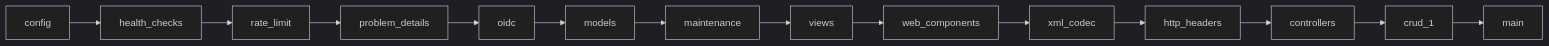
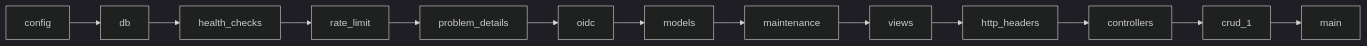
Before and after one commit to craftainer/template-fastapi: the first of 2 diagrams in src/app/README.md, drawn with Mermaid (dark theme). The commit also changed other lines of this file and 33 other files, not shown here.

First line of the commit message:
refactor(crud): decouple craftainer_tool_crud from app via injected config

````diff
--- a/src/app/README.md
+++ b/src/app/README.md
@@ -109,7 +115,6 @@
 ```mermaid
 graph LR
-    config --> health_checks --> rate_limit --> problem_details
+    config --> db --> health_checks --> rate_limit --> problem_details
     problem_details --> oidc --> models --> maintenance
-    maintenance --> views --> web_components --> xml_codec
-    xml_codec --> http_headers --> controllers --> crud_1 --> main
+    maintenance --> views --> http_headers --> controllers --> crud_1 --> main
 ```
````
